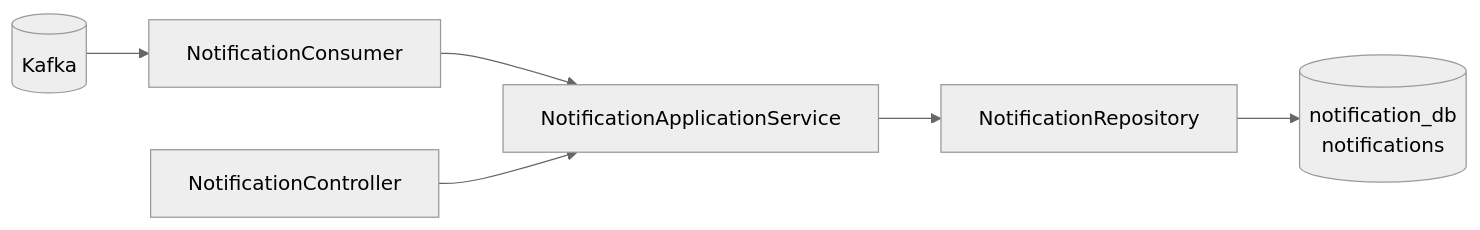
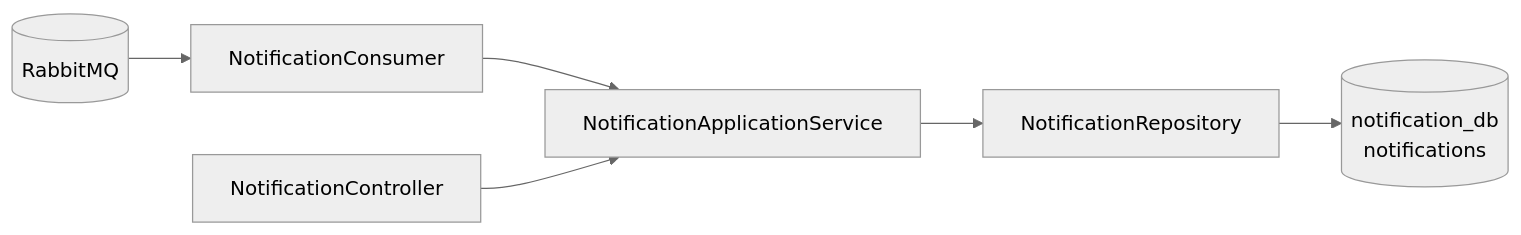
Before and after one commit to hieugiddy/javaspring-logictics: the diagram in services/notification-service/README.md, drawn with Mermaid (neutral theme). The commit also changed other lines of this file and 25 other files, not shown here.

````diff
--- a/services/notification-service/README.md
+++ b/services/notification-service/README.md
@@ -7,8 +7,8 @@
 ```mermaid
 flowchart LR
- E[(Kafka)] --> C[NotificationConsumer]
- C --> S[NotificationApplicationService]
- S --> R[NotificationRepository]
- R --> DB[(notification_db\nnotifications)]
- API[NotificationController] --> S
+  E[(RabbitMQ)] --> C[NotificationConsumer]
+  C --> S[NotificationApplicationService]
+  S --> R[NotificationRepository]
+  R --> DB[(notification_db\nnotifications)]
+  API[NotificationController] --> S
 ```
````
